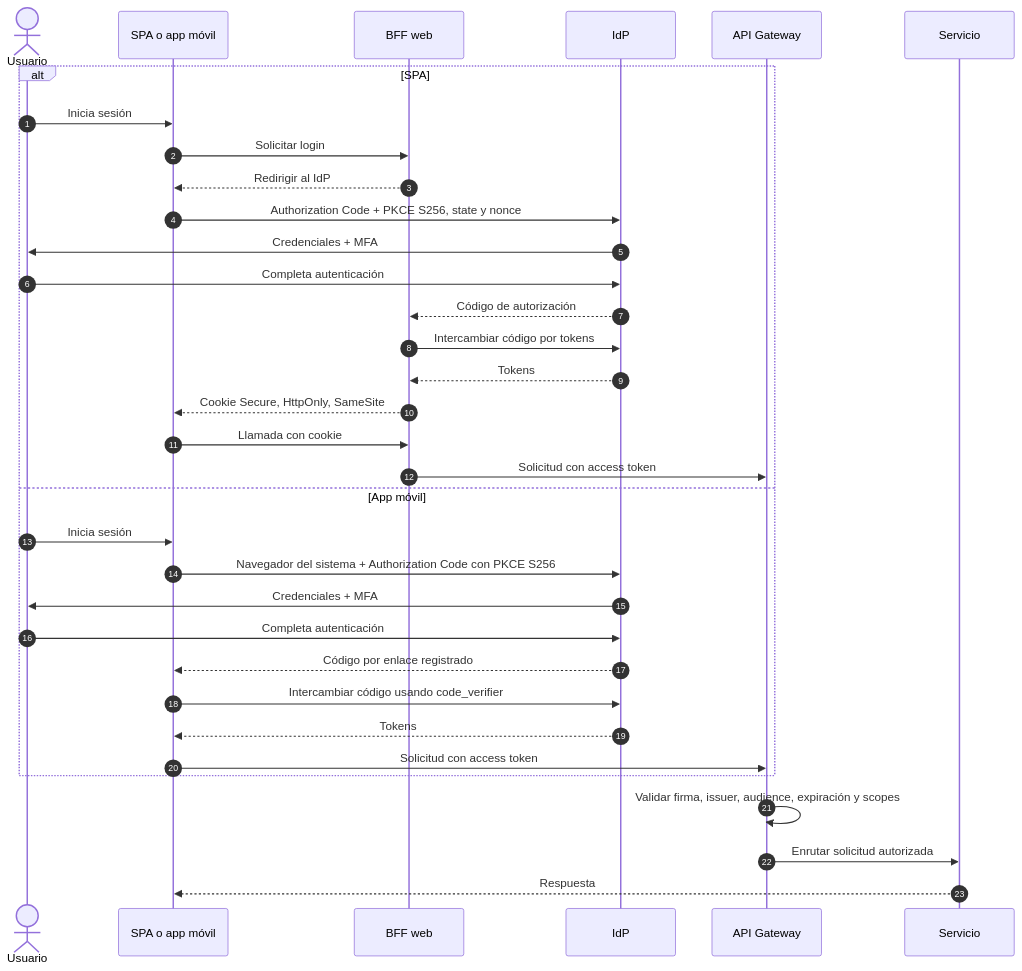
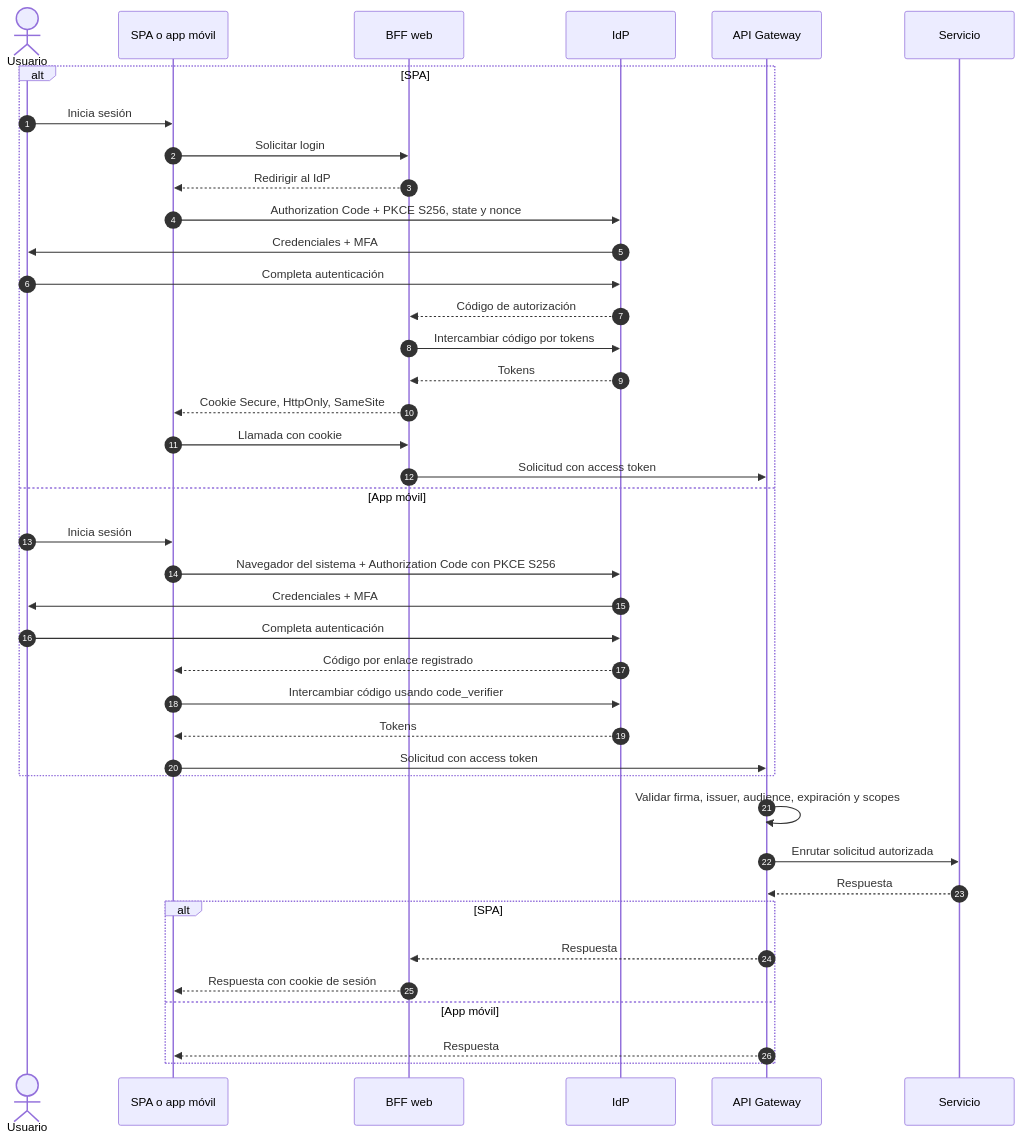
The diagram in docs/diagramas/autenticacion.mmd (LeirBaGMC/bp-arquitectura-banca-digital), drawn with Mermaid before and after one commit. The commit also changed 147 other files, not shown here.

Commit message:
Complete MVP audit and architecture report

```diff
--- a/docs/diagramas/autenticacion.mmd
+++ b/docs/diagramas/autenticacion.mmd
@@ -1,34 +1,40 @@
 sequenceDiagram
     autonumber
     actor U as Usuario
     participant C as SPA o app móvil
     participant B as BFF web
     participant I as IdP
     participant G as API Gateway
     participant S as Servicio
     alt SPA
         U->>C: Inicia sesión
         C->>B: Solicitar login
         B-->>C: Redirigir al IdP
         C->>I: Authorization Code + PKCE S256, state y nonce
         I->>U: Credenciales + MFA
         U->>I: Completa autenticación
         I-->>B: Código de autorización
         B->>I: Intercambiar código por tokens
         I-->>B: Tokens
         B-->>C: Cookie Secure, HttpOnly, SameSite
         C->>B: Llamada con cookie
         B->>G: Solicitud con access token
     else App móvil
         U->>C: Inicia sesión
         C->>I: Navegador del sistema + Authorization Code con PKCE S256
         I->>U: Credenciales + MFA
         U->>I: Completa autenticación
         I-->>C: Código por enlace registrado
         C->>I: Intercambiar código usando code_verifier
         I-->>C: Tokens
         C->>G: Solicitud con access token
     end
     G->>G: Validar firma, issuer, audience, expiración y scopes
     G->>S: Enrutar solicitud autorizada
-    S-->>C: Respuesta
+    S-->>G: Respuesta
+    alt SPA
+        G-->>B: Respuesta
+        B-->>C: Respuesta con cookie de sesión
+    else App móvil
+        G-->>C: Respuesta
+    end
```
